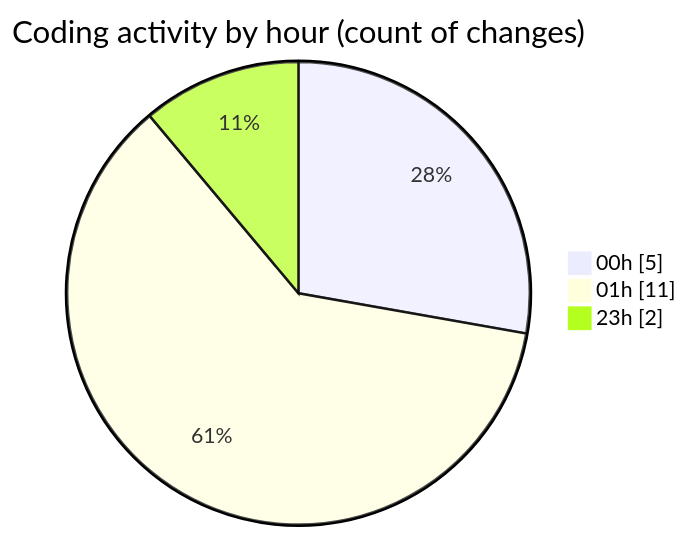
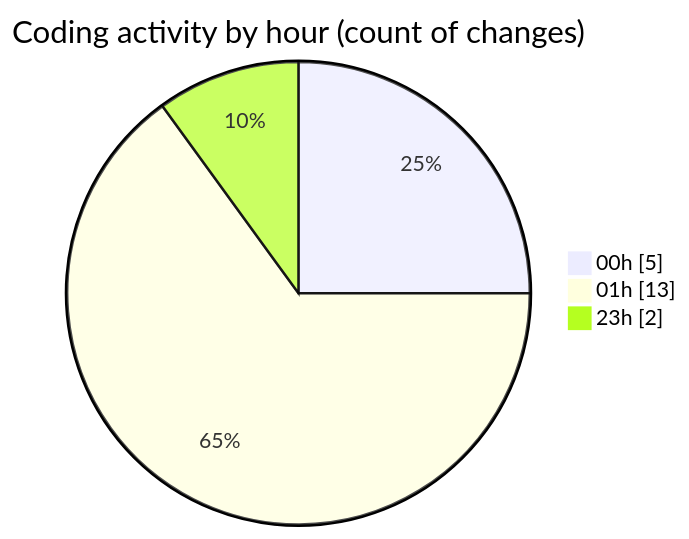
Before and after one commit to julien-gomy/code-tracking: the second of 2 diagrams in 2025-11-26/eventscop-frontend-guide__workspace_/README.md, drawn with Mermaid. The commit also changed other lines of this file and 1 other file, not shown here.

````diff
--- a/2025-11-26/eventscop-frontend-guide__workspace_/README.md
+++ b/2025-11-26/eventscop-frontend-guide__workspace_/README.md
@@ -33,7 +35,7 @@
 ```mermaid
 pie showData
 title Coding activity by hour (count of changes)
 "00h" : 5
-"01h" : 11
+"01h" : 13
 "23h" : 2
 ```
````
